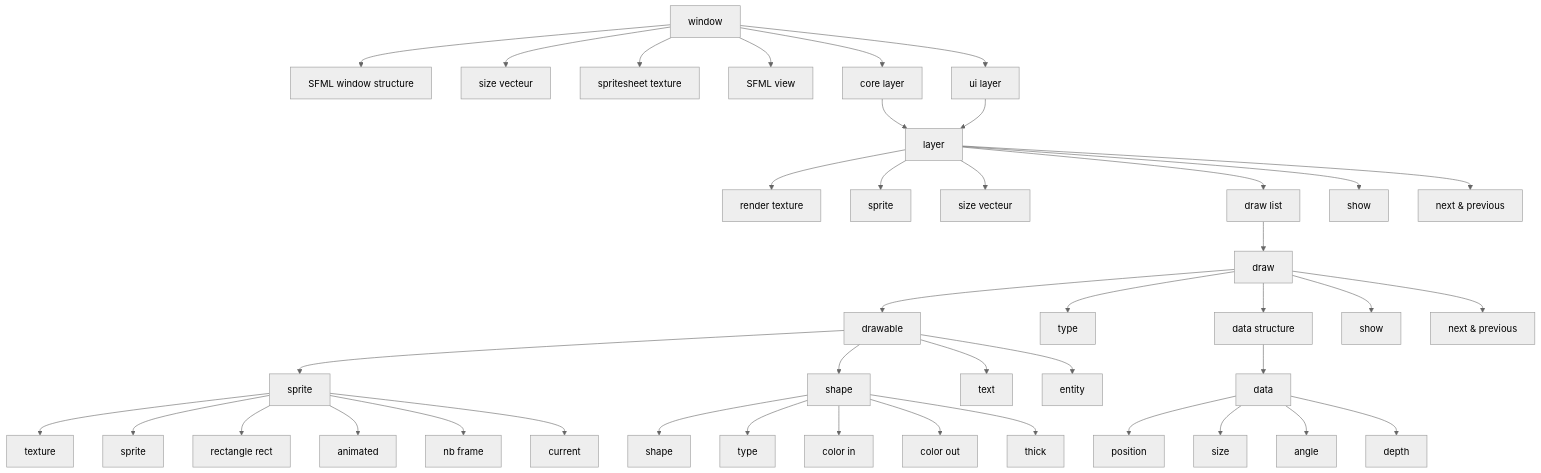
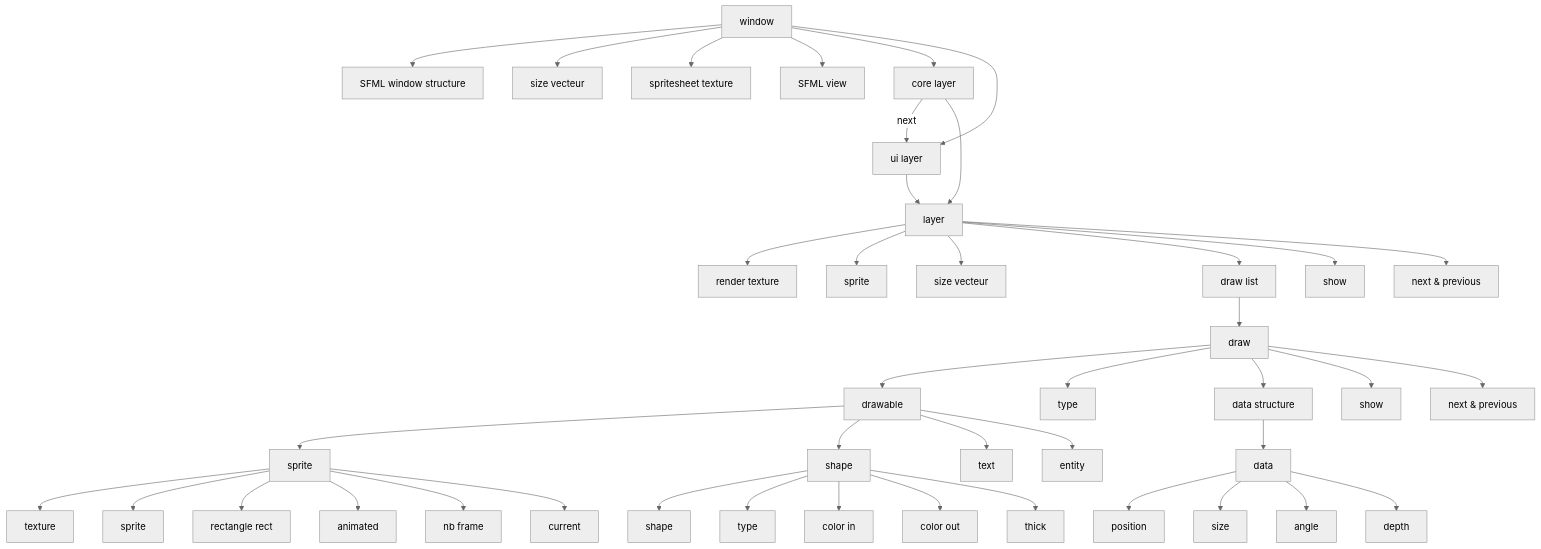
One commit to Chi-Iroh/MyRPG changed the seventh of 7 diagrams in lib/my_graphics/README.md. Above: the diagram before and after it, drawn with Mermaid (neutral theme). The commit also changed other lines of this file and 10 other files, not shown here.

Commit message:
[FIX] : lib graphics : Up to Date documentation relative to draw structure

````diff
--- a/lib/my_graphics/README.md
+++ b/lib/my_graphics/README.md
@@ -235,43 +252,44 @@
 ```mermaid
   graph TD;
     A[window] --> B[SFML window structure];
     A --> C[size vecteur];
     A --> D[spritesheet texture];
-    A --> E[SFML view]
-    A --> F[core layer]
-    A --> G[ui layer]
-    F --> H[layer]
-    G --> H
+    A --> E[SFML view];
+    A --> F[core layer];
+    A --> G[ui layer];
+    F --next--> G;
+    F --> H[layer];
+    G --> H;
     H --> I[render texture];
     H --> J[sprite];
     H --> K[size vecteur];
     H --> L[draw list];
     H --> M[show];
     H --> N[next & previous];
-    L --> O[draw]
+    L --> O[draw];
     O --> P[drawable];
     O --> Q[type];
     O --> R[data structure];
     O --> S[show];
     O --> T[next & previous];
-    R --> U[data]
+    R --> U[data];
     U --> V[position];
     U --> W[size];
     U --> X[angle];
     U --> Y[depth];
     P --> Z[sprite]
     Z --> AA[texture];
     Z --> AB[sprite];
     Z --> AC[rectangle rect];
     Z --> AD[animated];
     Z --> AE[nb frame];
     Z --> AF[current];
-    P --> AG[shape]
+    P --> AG[shape];
     AG --> AH[shape];
     AG --> AI[type];
     AG --> AJ[color in];
     AG --> AK[color out];
     AG --> AL[thick];
     P --> AM[text];
     P --> AN[entity];
 ```
````
